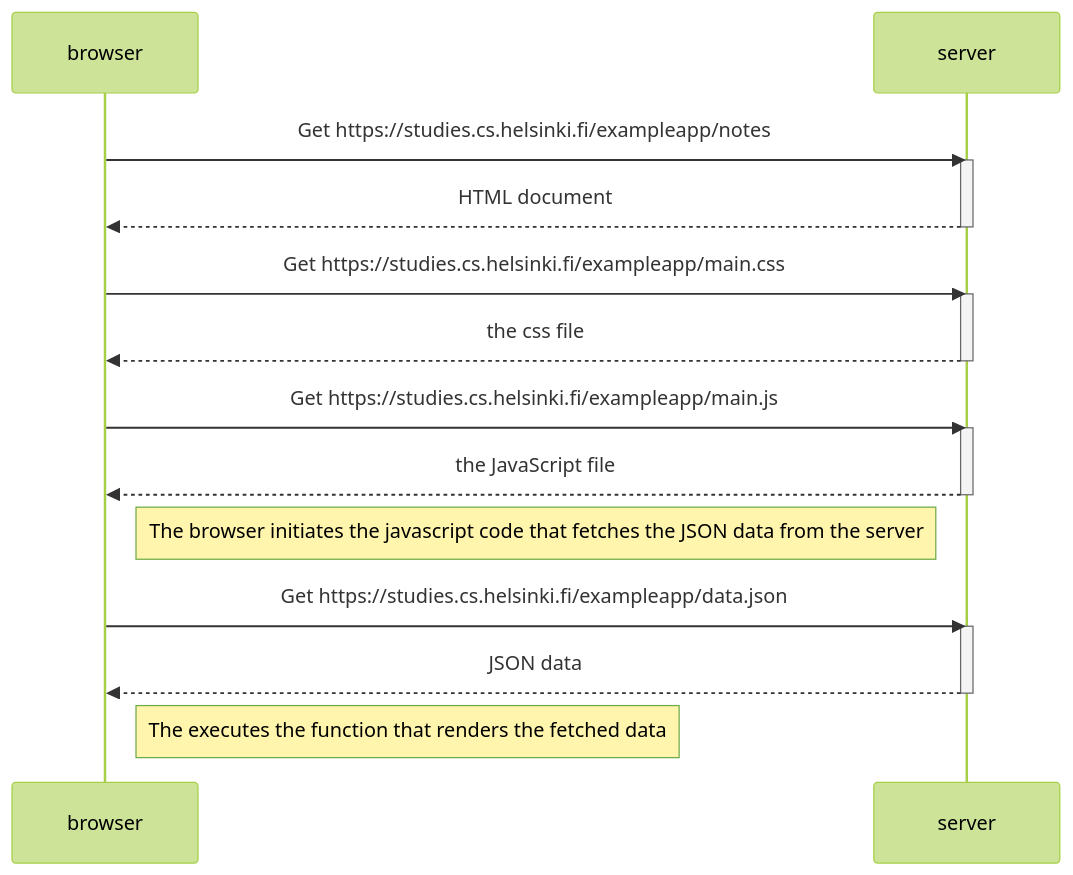
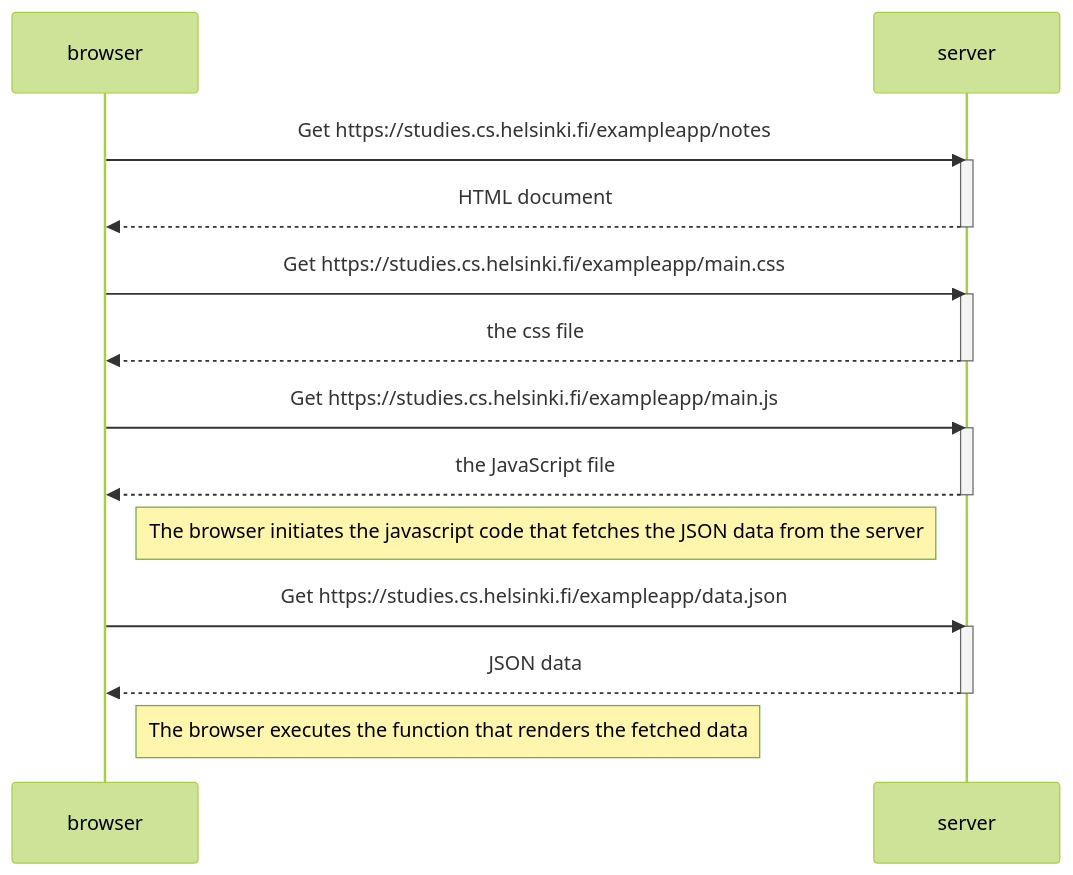
The diagram in exercise4.md (Fabian-007/fullstackopen-part0), drawn with Mermaid (forest theme) before and after one commit. The commit also changed other lines of this file, not shown here.

Commit message:
Update exercise4.md
fix typo error in notes

````diff
--- a/exercise4.md
+++ b/exercise4.md
@@ -1,29 +1,29 @@
 ``` mermaid
 sequenceDiagram
     participant browser
     participant server
 
 browser ->> server: Get https://studies.cs.helsinki.fi/exampleapp/notes
 activate server
 server -->> browser: HTML document
 deactivate server
 
 browser ->> server: Get https://studies.cs.helsinki.fi/exampleapp/main.css
 activate server
 server -->> browser: the css file 
 deactivate server
 
 browser ->> server: Get https://studies.cs.helsinki.fi/exampleapp/main.js
 activate server
 server -->> browser: the JavaScript file 
 deactivate server
 
 Note right of browser: The browser initiates the javascript  code that fetches the JSON data from the server
 
 browser ->> server: Get https://studies.cs.helsinki.fi/exampleapp/data.json
 activate server
 server -->> browser: JSON data 
 deactivate server
 
-Note right of browser: The executes the function that renders the fetched data 
+Note right of browser: The browser executes the function that renders the fetched data 
 ```
````
